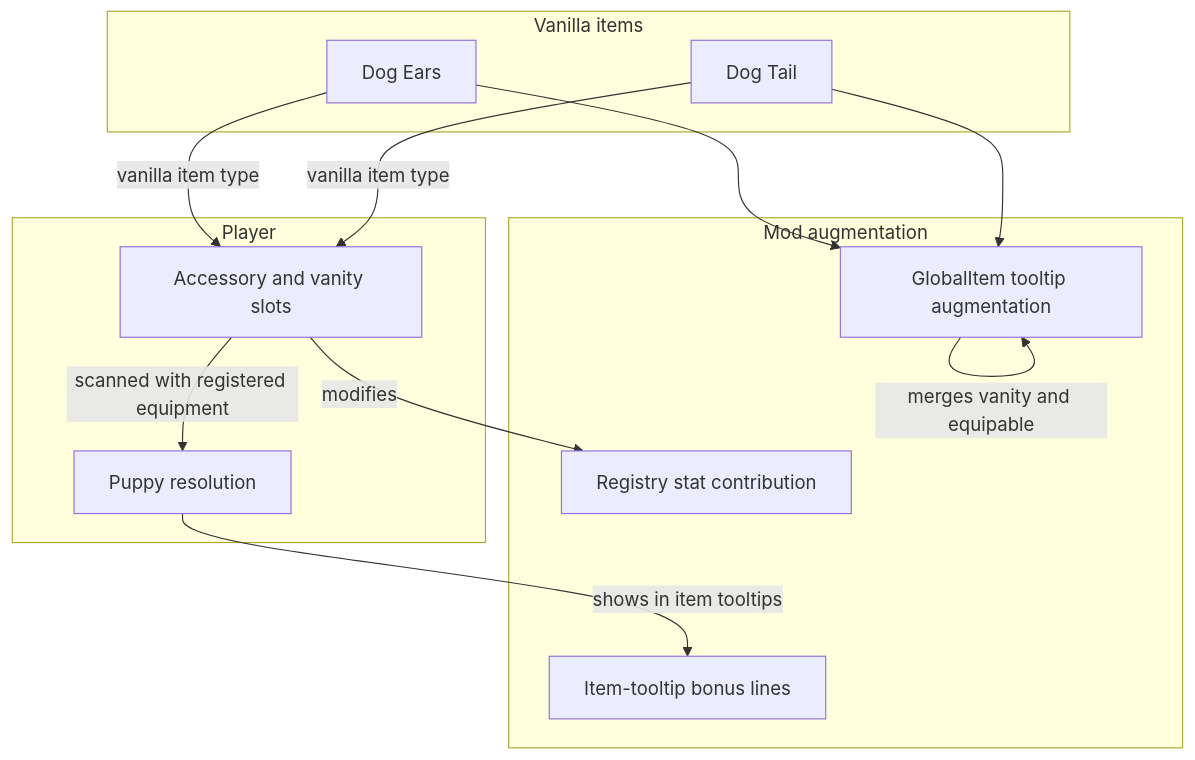
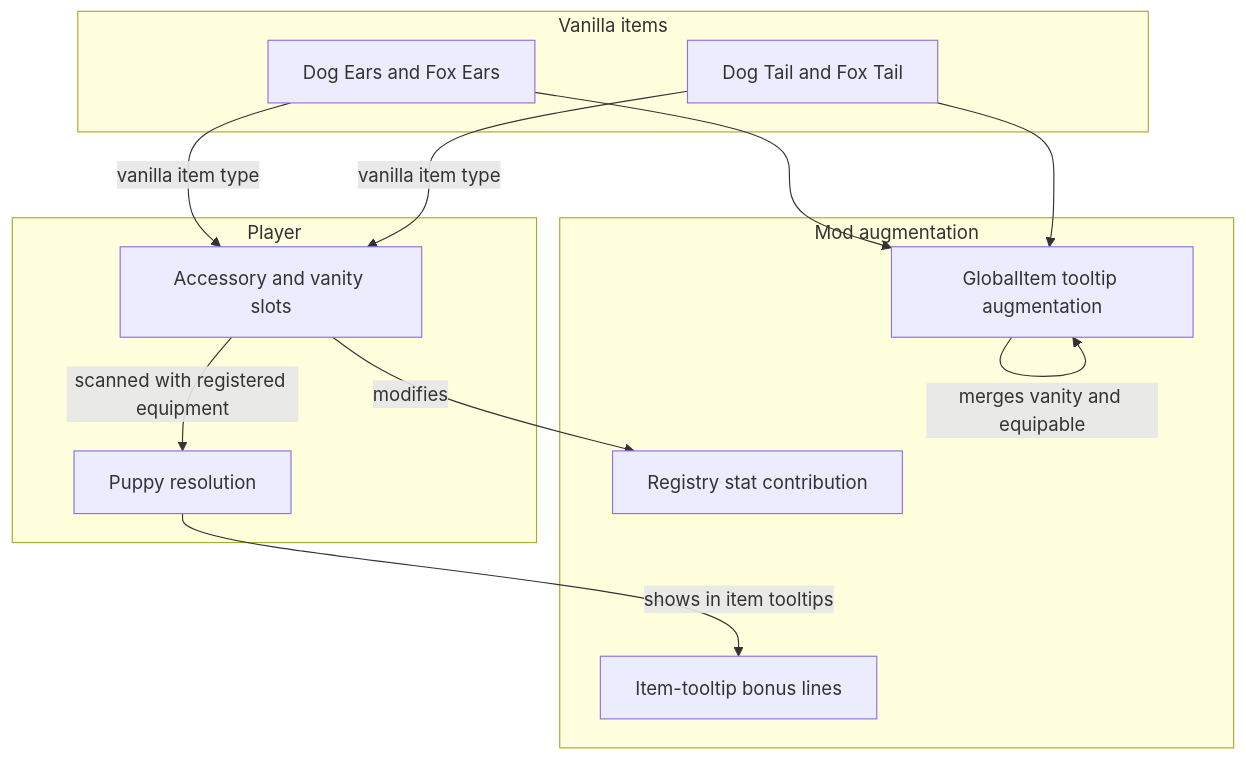
One commit to POLA-LCS/PolasPuppyMod changed the diagram in docs/Vanilla-Item-Augmentation.md. Above: the diagram before and after it, drawn with Mermaid. The commit also changed other lines of this file and 6 other files, not shown here.

Commit message:
feat: fox ears and fox tail as vanilla puppy equipment

````diff
--- a/docs/Vanilla-Item-Augmentation.md
+++ b/docs/Vanilla-Item-Augmentation.md
@@ -7,27 +9,27 @@
 ```mermaid
 flowchart TB
     subgraph Vanilla[Vanilla items]
-        Ears[Dog Ears]
-        Tail[Dog Tail]
+        Ears[Dog Ears and Fox Ears]
+        Tail[Dog Tail and Fox Tail]
     end
 
     subgraph Augmentation[Mod augmentation]
         Tooltip[GlobalItem tooltip augmentation]
         Bonus[Item-tooltip bonus lines]
         Stat[Registry stat contribution]
     end
 
     subgraph Player[Player]
         Slots[Accessory and vanity slots]
         IsPuppy[Puppy resolution]
     end
 
     Ears -- "vanilla item type" --> Slots
     Tail -- "vanilla item type" --> Slots
     Slots -- "scanned with registered equipment" --> IsPuppy
     IsPuppy -- "shows in item tooltips" --> Bonus
     Slots -- "modifies" --> Stat
     Ears --> Tooltip
     Tail --> Tooltip
     Tooltip -- "merges vanity and equipable" --> Tooltip
 ```
````
